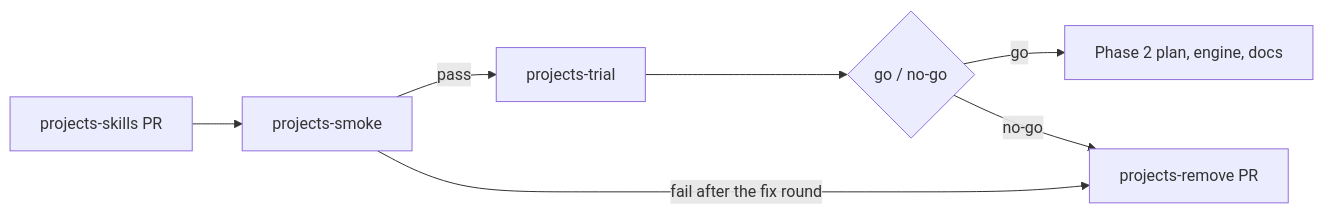
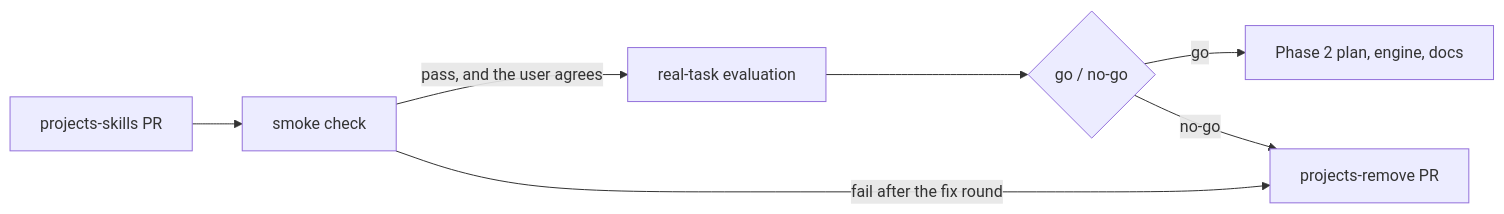
One commit to ncksol/ai_tools changed the diagram in docs/superpowers/specs/2026-11-19-wintermute-projects-design.md. Above: the diagram before and after it, drawn with Mermaid. The commit also changed other lines of this file and 1 other file, not shown here.

First line of the commit message:
docs: make the wintermute Projects evaluation lean

````diff
--- a/docs/superpowers/specs/2026-11-19-wintermute-projects-design.md
+++ b/docs/superpowers/specs/2026-11-19-wintermute-projects-design.md
@@ -176,9 +173,9 @@
 ```mermaid
 graph LR
-  skills[projects-skills PR] --> smoke[projects-smoke]
-  smoke -- pass --> trial[projects-trial]
+  skills[projects-skills PR] --> smoke[smoke check]
+  smoke -- pass, and the user agrees --> task[real-task evaluation]
   smoke -- fail after the fix round --> remove[projects-remove PR]
-  trial --> gate{go / no-go}
+  task --> gate{go / no-go}
   gate -- go --> phase2[Phase 2 plan, engine, docs]
   gate -- no-go --> remove
 ```
````
